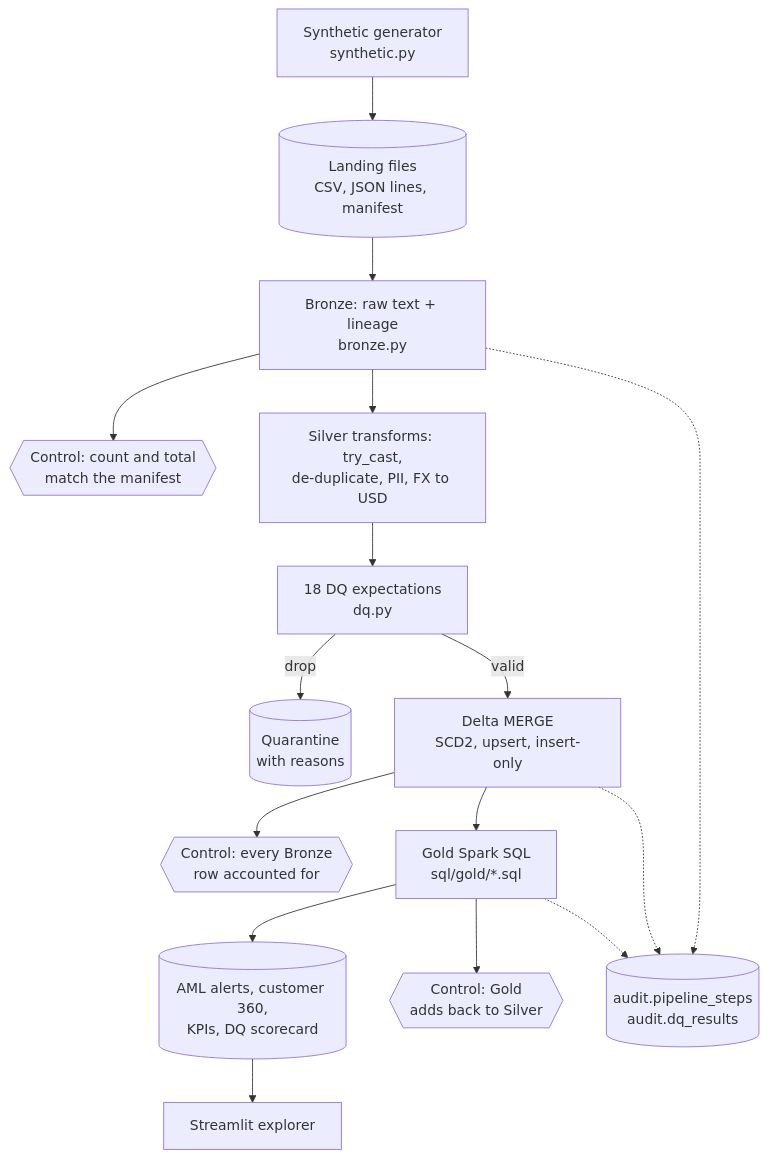
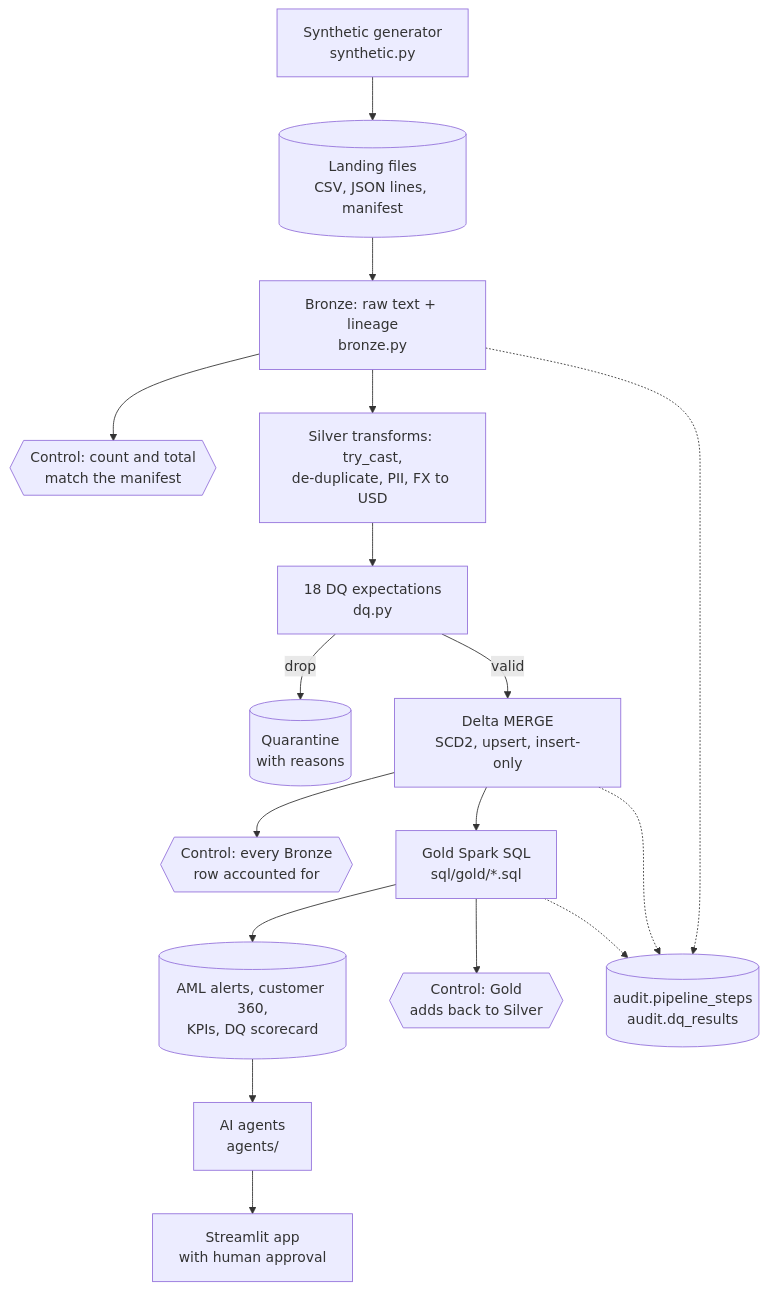
The first of 3 diagrams in projects/p2_lakehouse/docs/architecture.md (nipunrg1990rocks-dev/banking-ai-portfolio), drawn with Mermaid before and after one commit. The commit also changed other lines of this file and 53 other files, not shown here.

````diff
--- a/projects/p2_lakehouse/docs/architecture.md
+++ b/projects/p2_lakehouse/docs/architecture.md
@@ -11,16 +11,17 @@
 ```mermaid
 flowchart TB
     G[Synthetic generator<br/>synthetic.py] --> F[(Landing files<br/>CSV, JSON lines, manifest)]
     F --> B[Bronze: raw text + lineage<br/>bronze.py]
     B --> C1{{Control: count and total<br/>match the manifest}}
     B --> T[Silver transforms: try_cast,<br/>de-duplicate, PII, FX to USD]
     T --> DQ[18 DQ expectations<br/>dq.py]
     DQ -->|drop| Q[(Quarantine<br/>with reasons)]
     DQ -->|valid| M[Delta MERGE<br/>SCD2, upsert, insert-only]
     M --> C2{{Control: every Bronze<br/>row accounted for}}
     M --> S[Gold Spark SQL<br/>sql/gold/*.sql]
     S --> A[(AML alerts, customer 360,<br/>KPIs, DQ scorecard)]
     S --> C3{{Control: Gold<br/>adds back to Silver}}
-    A --> APP[Streamlit explorer]
+    A --> AG[AI agents<br/>agents/]
+    AG --> APP[Streamlit app<br/>with human approval]
     B & M & S -.-> L[(audit.pipeline_steps<br/>audit.dq_results)]
 ```
````
